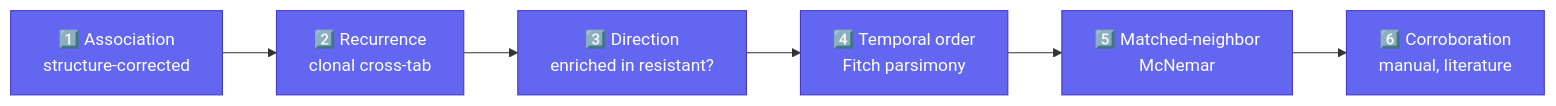
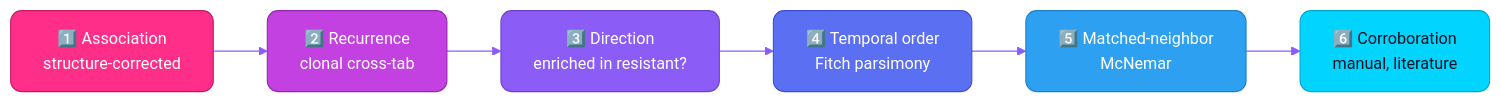
The diagram in README.md (biocoderep/clade), drawn with Mermaid before and after one commit. The commit also changed other lines of this file, not shown here.

````diff
--- a/README.md
+++ b/README.md
@@ -46,11 +55,22 @@
 ```mermaid
+%%{init: {'theme': 'base', 'themeVariables': {'primaryColor': '#8B5CF6', 'primaryTextColor': '#fff', 'lineColor': '#8B5CF6', 'fontSize': '15px'}}}%%
 flowchart LR
     S1["1️⃣ Association<br/>structure-corrected"] --> S2["2️⃣ Recurrence<br/>clonal cross-tab"]
     S2 --> S3["3️⃣ Direction<br/>enriched in resistant?"]
     S3 --> S4["4️⃣ Temporal order<br/>Fitch parsimony"]
     S4 --> S5["5️⃣ Matched-neighbor<br/>McNemar"]
     S5 --> S6["6️⃣ Corroboration<br/>manual, literature"]
 
-    classDef stage fill:#6366f1,stroke:#4338ca,color:#fff
-    class S1,S2,S3,S4,S5,S6 stage
+    classDef s1 fill:#FF2E88,stroke:#c81766,color:#fff,rx:10,ry:10
+    classDef s2 fill:#c341e0,stroke:#9526b3,color:#fff,rx:10,ry:10
+    classDef s3 fill:#8B5CF6,stroke:#6d3fd1,color:#fff,rx:10,ry:10
+    classDef s4 fill:#5b6ff2,stroke:#3d4fd1,color:#fff,rx:10,ry:10
+    classDef s5 fill:#2ea0f2,stroke:#1a7fc9,color:#fff,rx:10,ry:10
+    classDef s6 fill:#00D4FF,stroke:#00a8cc,color:#0b1220,rx:10,ry:10
+    class S1 s1
+    class S2 s2
+    class S3 s3
+    class S4 s4
+    class S5 s5
+    class S6 s6
 ```
````
